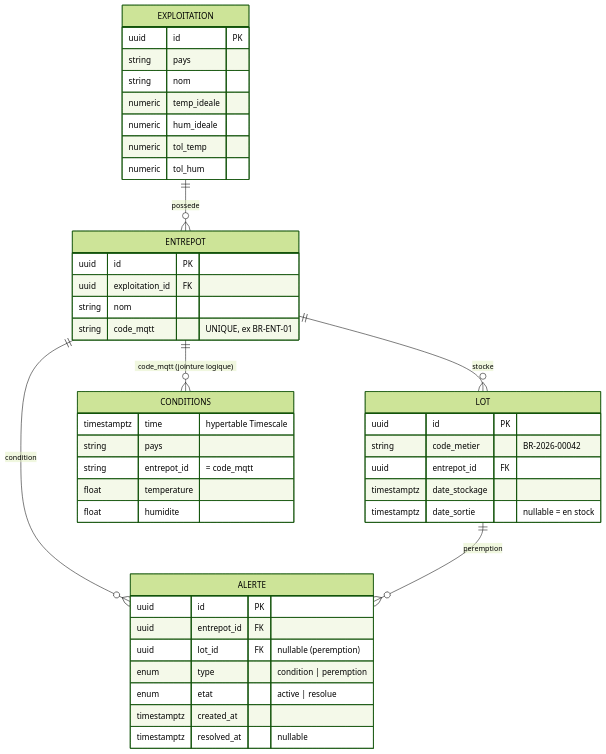
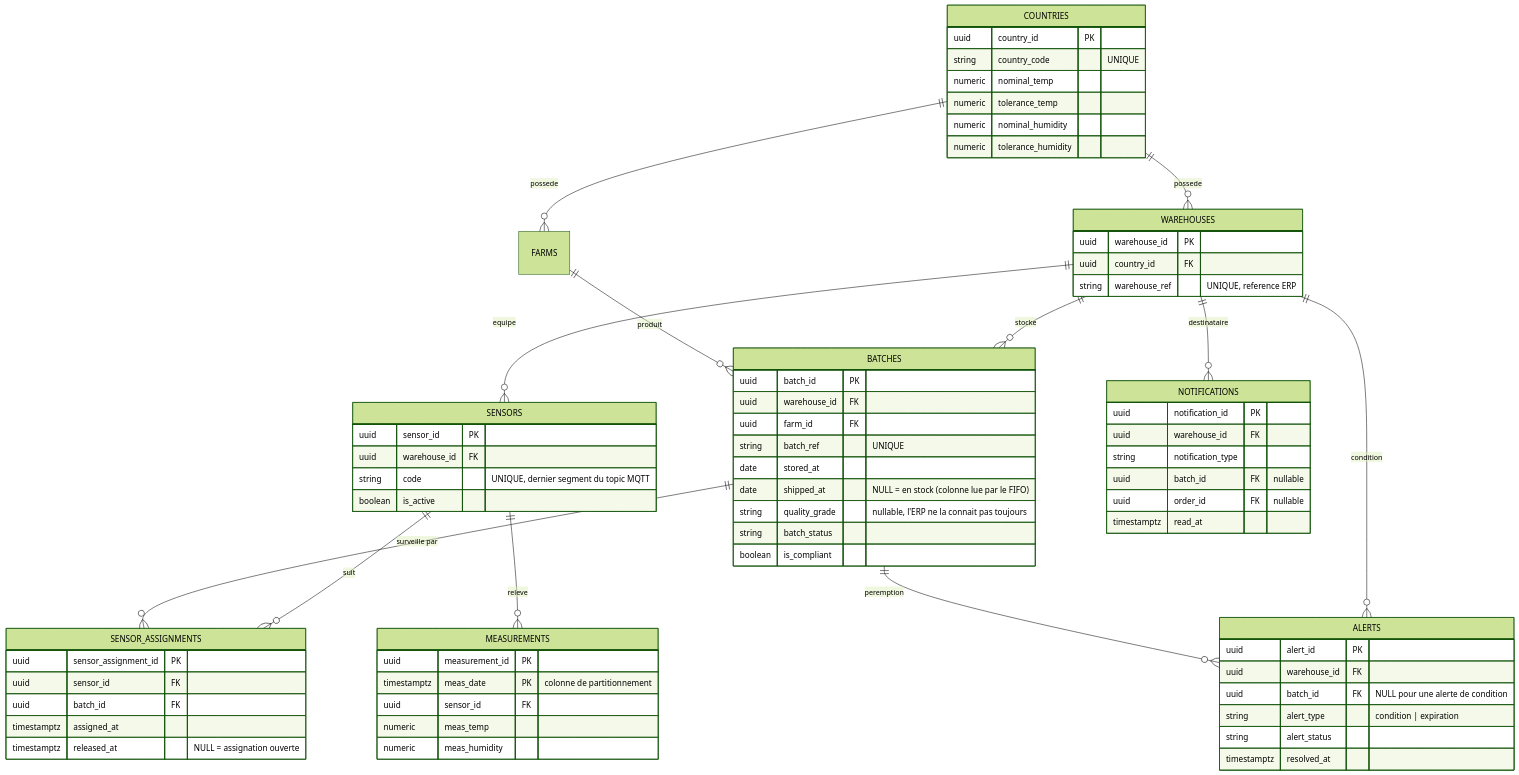
The second of 8 diagrams in database/docs/architecture.md (FutureKawa-Nte-G2/FutureKawa), drawn with Mermaid (forest theme) before and after one commit. The commit also changed other lines of this file and 1 other file, not shown here.

First line of the commit message:
docs(db): réécrit l'architecture et le périmètre données

````diff
--- a/database/docs/architecture.md
+++ b/database/docs/architecture.md
@@ -78,47 +72,75 @@
 ```mermaid
 erDiagram
-    EXPLOITATION ||--o{ ENTREPOT : possede
-    ENTREPOT    ||--o{ LOT : stocke
-    ENTREPOT    ||--o{ ALERTE : "condition"
-    LOT         ||--o{ ALERTE : "peremption"
-    ENTREPOT    ||--o{ CONDITIONS : "code_mqtt (jointure logique)"
+    COUNTRIES  ||--o{ WAREHOUSES : "possede"
+    COUNTRIES  ||--o{ FARMS : "possede"
+    WAREHOUSES ||--o{ BATCHES : "stocke"
+    FARMS      ||--o{ BATCHES : "produit"
+    WAREHOUSES ||--o{ SENSORS : "equipe"
+    SENSORS    ||--o{ SENSOR_ASSIGNMENTS : "suit"
+    BATCHES    ||--o{ SENSOR_ASSIGNMENTS : "surveille par"
+    SENSORS    ||--o{ MEASUREMENTS : "releve"
+    WAREHOUSES ||--o{ ALERTS : "condition"
+    BATCHES    ||--o{ ALERTS : "peremption"
+    WAREHOUSES ||--o{ NOTIFICATIONS : "destinataire"
 
-    EXPLOITATION {
-        uuid id PK
-        string pays
-        string nom
-        numeric temp_ideale
-        numeric hum_ideale
-        numeric tol_temp
-        numeric tol_hum
+    COUNTRIES {
+        uuid country_id PK
+        string country_code "UNIQUE"
+        numeric nominal_temp
+        numeric tolerance_temp
+        numeric nominal_humidity
+        numeric tolerance_humidity
     }
-    ENTREPOT {
-        uuid id PK
-        uuid exploitation_id FK
-        string nom
-        string code_mqtt "UNIQUE, ex BR-ENT-01"
+    WAREHOUSES {
+        uuid warehouse_id PK
+        uuid country_id FK
+        string warehouse_ref "UNIQUE, reference ERP"
     }
-    LOT {
-        uuid id PK
-        string code_metier "BR-2026-00042"
-        uuid entrepot_id FK
-        timestamptz date_stockage
-        timestamptz date_sortie "nullable = en stock"
+    BATCHES {
+        uuid batch_id PK
+        uuid warehouse_id FK
+        uuid farm_id FK
+        string batch_ref "UNIQUE"
+        date stored_at
+        date shipped_at "NULL = en stock (colonne lue par le FIFO)"
+        string quality_grade "nullable, l'ERP ne la connait pas toujours"
+        string batch_status
+        boolean is_compliant
     }
-    ALERTE {
-        uuid id PK
-        uuid entrepot_id FK
-        uuid lot_id FK "nullable (peremption)"
-        enum type "condition | peremption"
-        enum etat "active | resolue"
-        timestamptz created_at
-        timestamptz resolved_at "nullable"
+    SENSORS {
+        uuid sensor_id PK
+        uuid warehouse_id FK
+        string code "UNIQUE, dernier segment du topic MQTT"
+        boolean is_active
     }
-    CONDITIONS {
-        timestamptz time "hypertable Timescale"
-        string pays
-        string entrepot_id "= code_mqtt"
-        float temperature
-        float humidite
+    SENSOR_ASSIGNMENTS {
+        uuid sensor_assignment_id PK
+        uuid sensor_id FK
+        uuid batch_id FK
+        timestamptz assigned_at
+        timestamptz released_at "NULL = assignation ouverte"
+    }
+    MEASUREMENTS {
+        uuid measurement_id PK
+        timestamptz meas_date PK "colonne de partitionnement"
+        uuid sensor_id FK
+        numeric meas_temp
+        numeric meas_humidity
+    }
+    ALERTS {
+        uuid alert_id PK
+        uuid warehouse_id FK
+        uuid batch_id FK "NULL pour une alerte de condition"
+        string alert_type "condition | expiration"
+        string alert_status
+        timestamptz resolved_at
+    }
+    NOTIFICATIONS {
+        uuid notification_id PK
+        uuid warehouse_id FK
+        string notification_type
+        uuid batch_id FK "nullable"
+        uuid order_id FK "nullable"
+        timestamptz read_at
     }
 ```
````
